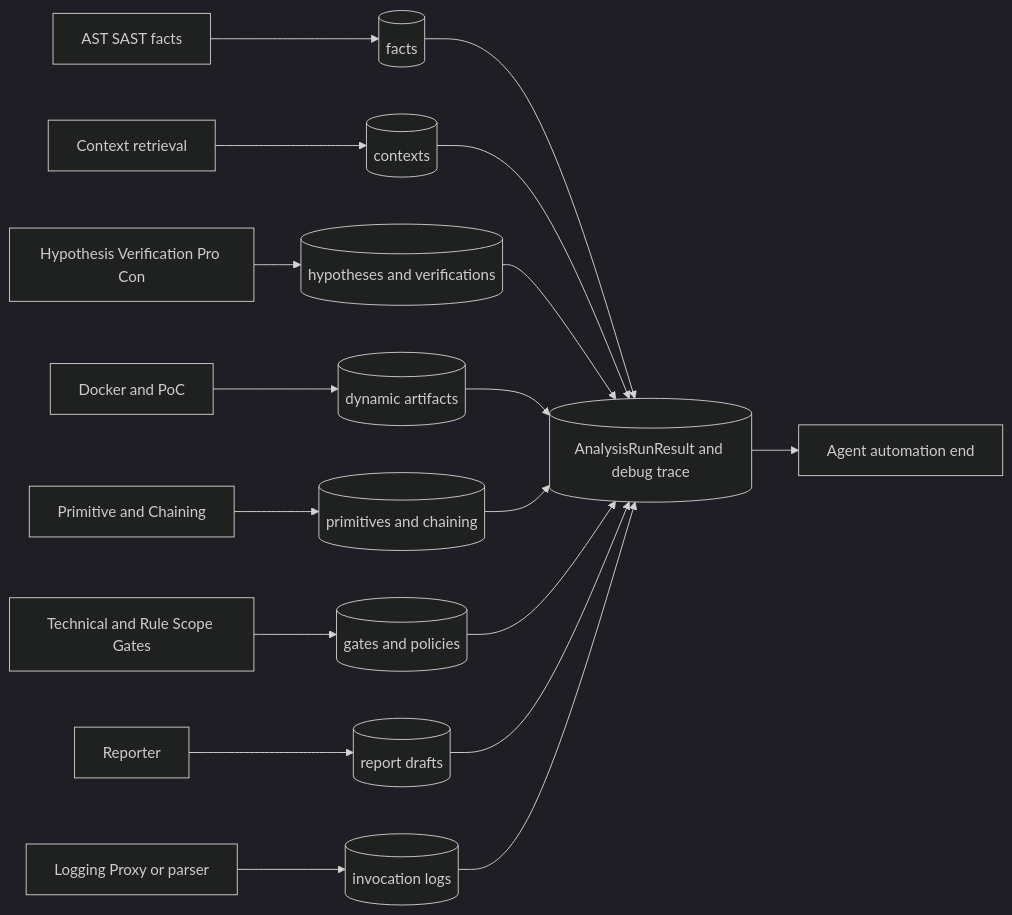
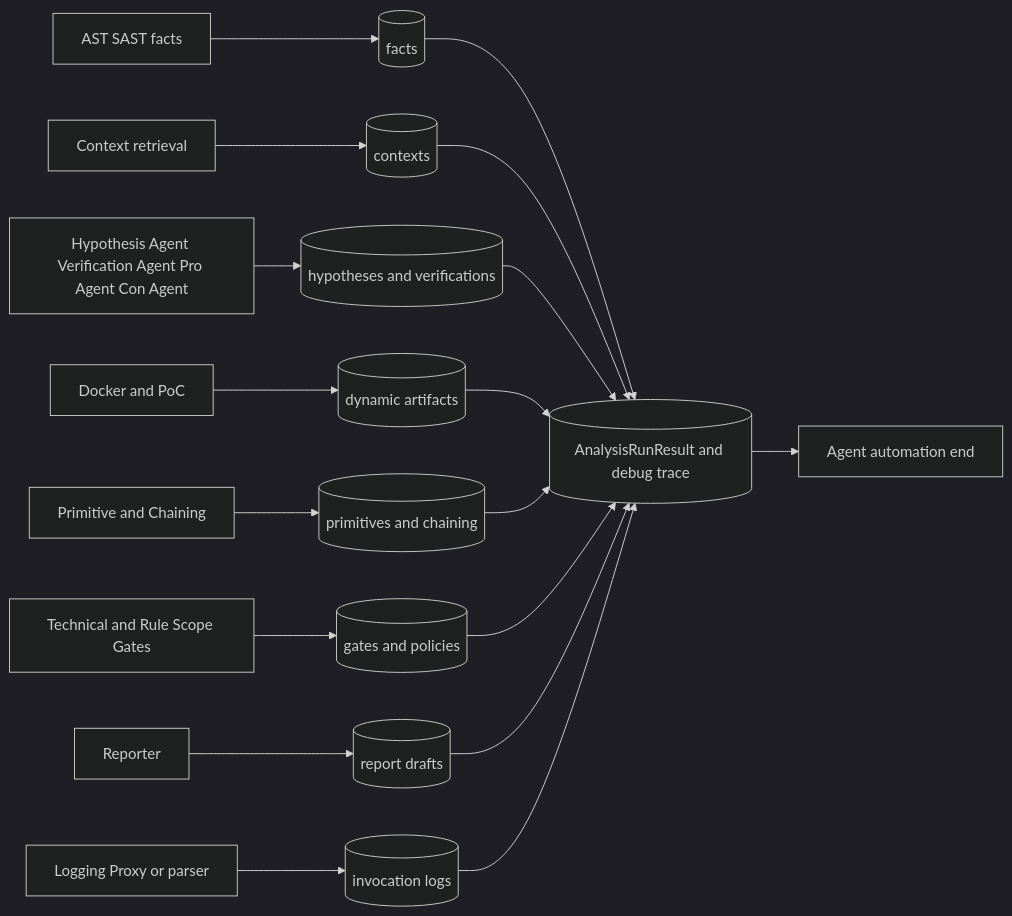
One commit to SASTsimi/sastsimi changed the eighth of 13 diagrams in docs/architecture-v5/13-architecture-diagrams.md. Above: the diagram before and after it, drawn with Mermaid (dark theme). The commit also changed other lines of this file and 31 other files, not shown here.

````diff
--- a/docs/architecture-v5/13-architecture-diagrams.md
+++ b/docs/architecture-v5/13-architecture-diagrams.md
@@ -336,20 +338,20 @@
 ```mermaid
 flowchart LR
     STATIC[AST SAST facts] --> FACTS[(facts)]
     CONTEXT[Context retrieval] --> CONTEXTS[(contexts)]
-    AGENTS[Hypothesis Verification Pro Con] --> RESULTS[(hypotheses and verifications)]
+    AGENTS[Hypothesis Agent Verification Agent Pro Agent Con Agent] --> RESULTS[(hypotheses and verifications)]
     DYNAMIC[Docker and PoC] --> DYNSTORE[(dynamic artifacts)]
     PR[Primitive and Chaining] --> PRSTORE[(primitives and chaining)]
     GATES[Technical and Rule Scope Gates] --> GATESTORE[(gates and policies)]
     REPORT[Reporter] --> REPORTS[(report drafts)]
     LLM[Logging Proxy or parser] --> INV[(invocation logs)]
     FACTS --> RUN[(AnalysisRunResult and debug trace)]
     CONTEXTS --> RUN
     RESULTS --> RUN
     DYNSTORE --> RUN
     PRSTORE --> RUN
     GATESTORE --> RUN
     REPORTS --> RUN
     INV --> RUN
     RUN --> END[Agent automation end]
 ```
````
